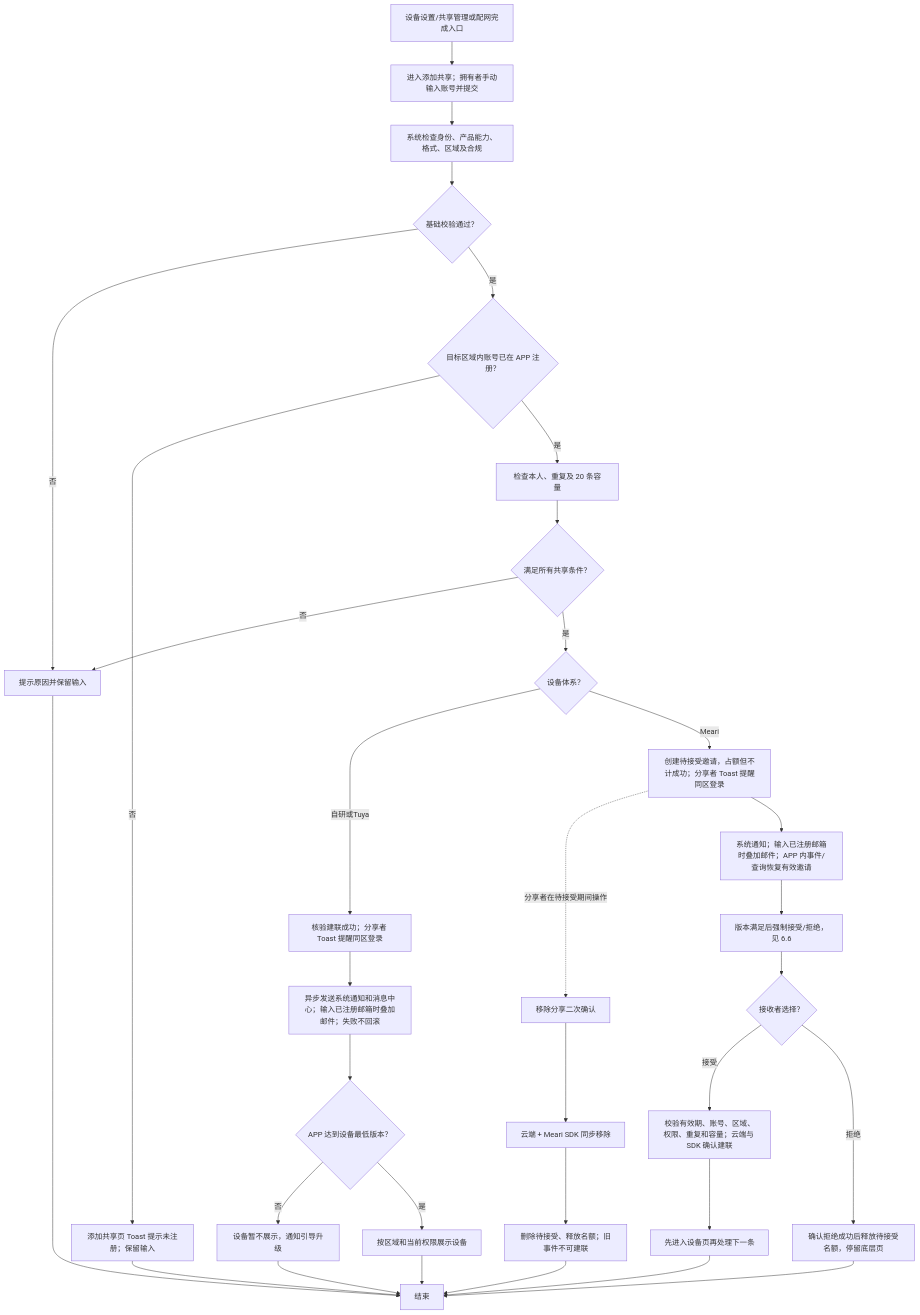
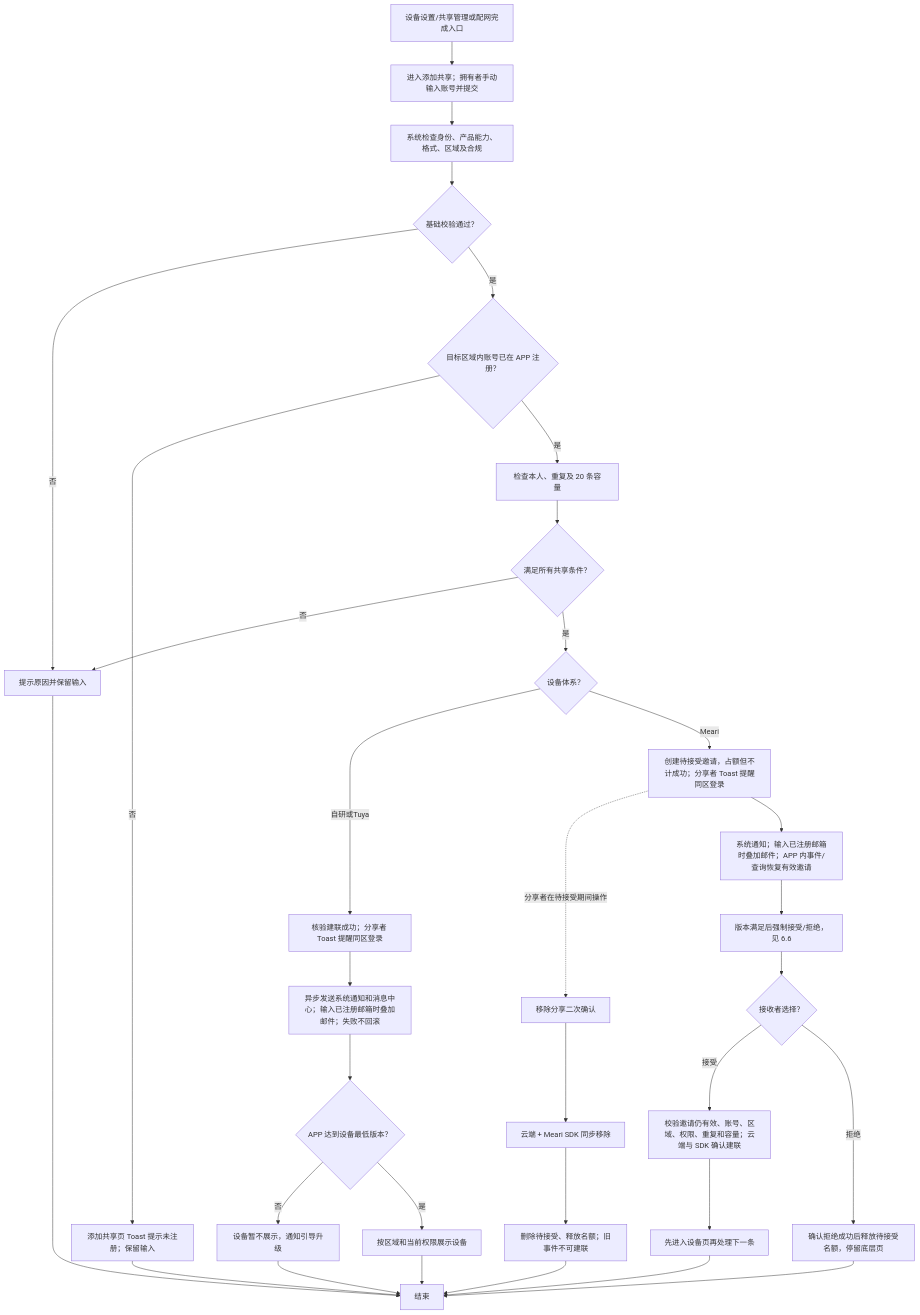
The second of 2 diagrams in prototypes/device-sharing-phase-2/prd.md (HawZZ/root-interactivable-prototype), drawn with Mermaid before and after one commit. The commit also changed other lines of this file and 5 other files, not shown here.

````diff
--- a/prototypes/device-sharing-phase-2/prd.md
+++ b/prototypes/device-sharing-phase-2/prd.md
@@ -122,35 +121,35 @@
 ```mermaid
 flowchart TD
   A["设备设置/共享管理或配网完成入口"] --> B["进入添加共享；拥有者手动输入账号并提交"]
   B --> C["系统检查身份、产品能力、格式、区域及合规"]
   C --> D{"基础校验通过？"}
   D -- 否 --> X["提示原因并保留输入"]
   D -- 是 --> E{"目标区域内账号已在 APP 注册？"}
   E -- 否 --> F["添加共享页 Toast 提示未注册；保留输入"]
   E -- 是 --> G["检查本人、重复及 20 条容量"]
   G --> H{"满足所有共享条件？"}
   H -- 否 --> X
   H -- 是 --> V{"设备体系？"}
   V -- 自研或Tuya --> I["核验建联成功；分享者 Toast 提醒同区登录"]
   V -- Meari --> P["创建待接受邀请，占额但不计成功；分享者 Toast 提醒同区登录"]
   P -. "分享者在待接受期间操作" .-> PR["移除分享二次确认"]
   PR --> PS["云端 + Meari SDK 同步移除"]
   PS --> PX["删除待接受、释放名额；旧事件不可建联"]
   PX --> Z
   P --> Q["系统通知；输入已注册邮箱时叠加邮件；APP 内事件/查询恢复有效邀请"]
   Q --> R["版本满足后强制接受/拒绝，见 6.6"]
   R --> T{"接收者选择？"}
-  T -- 接受 --> U["校验有效期、账号、区域、权限、重复和容量；云端与 SDK 确认建联"]
+  T -- 接受 --> U["校验邀请仍有效、账号、区域、权限、重复和容量；云端与 SDK 确认建联"]
   U --> N["先进入设备页再处理下一条"]
   N --> Z
   T -- 拒绝 --> W["确认拒绝成功后释放待接受名额，停留底层页"]
   W --> Z
   I --> J["异步发送系统通知和消息中心；输入已注册邮箱时叠加邮件；失败不回滚"]
   J --> K{"APP 达到设备最低版本？"}
   K -- 否 --> L["设备暂不展示，通知引导升级"]
   K -- 是 --> M["按区域和当前权限展示设备"]
   L --> Z["结束"]
   M --> Z
   X --> Z
   F --> Z
 ```
````
